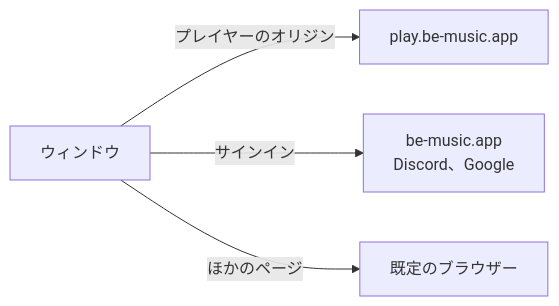
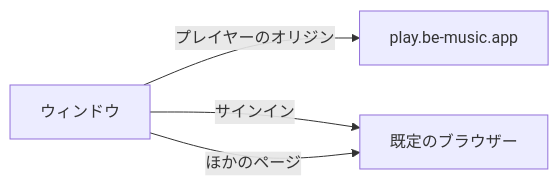
The diagram in packages/app-desktop/README.ja.md (nulltask/be-music), drawn with Mermaid before and after one commit. The commit also changed other lines of this file and 7 other files, not shown here.

````diff
--- a/packages/app-desktop/README.ja.md
+++ b/packages/app-desktop/README.ja.md
@@ -17,6 +17,6 @@
 ```mermaid
 flowchart LR
   W[ウィンドウ] -->|プレイヤーのオリジン| P[play.be-music.app]
-  W -->|サインイン| A[be-music.app<br>Discord、Google]
+  W -->|サインイン| B
   W -->|ほかのページ| B[既定のブラウザー]
 ```
````
